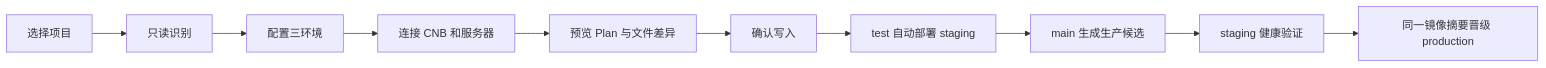
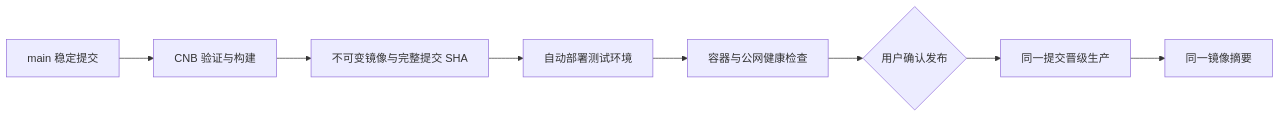
One commit to blacksco0920-dot/deploydesk changed the diagram in README.md. Above: the diagram before and after it, drawn with Mermaid. The commit also changed other lines of this file and 112 other files, not shown here.

````diff
--- a/README.md
+++ b/README.md
@@ -25,12 +30,10 @@
 ```mermaid
 flowchart LR
-  A[选择项目] --> B[只读识别]
-  B --> C[配置三环境]
-  C --> D[连接 CNB 和服务器]
-  D --> E[预览 Plan 与文件差异]
-  E --> F[确认写入]
-  F --> G[test 自动部署 staging]
-  G --> H[main 生成生产候选]
-  H --> I[staging 健康验证]
-  I --> J[同一镜像摘要晋级 production]
+  A[main 稳定提交] --> B[CNB 验证与构建]
+  B --> C[不可变镜像与完整提交 SHA]
+  C --> D[自动部署测试环境]
+  D --> E[容器与公网健康检查]
+  E --> F{用户确认发布}
+  F --> G[同一提交晋级生产]
+  G --> H[同一镜像摘要]
 ```
````
